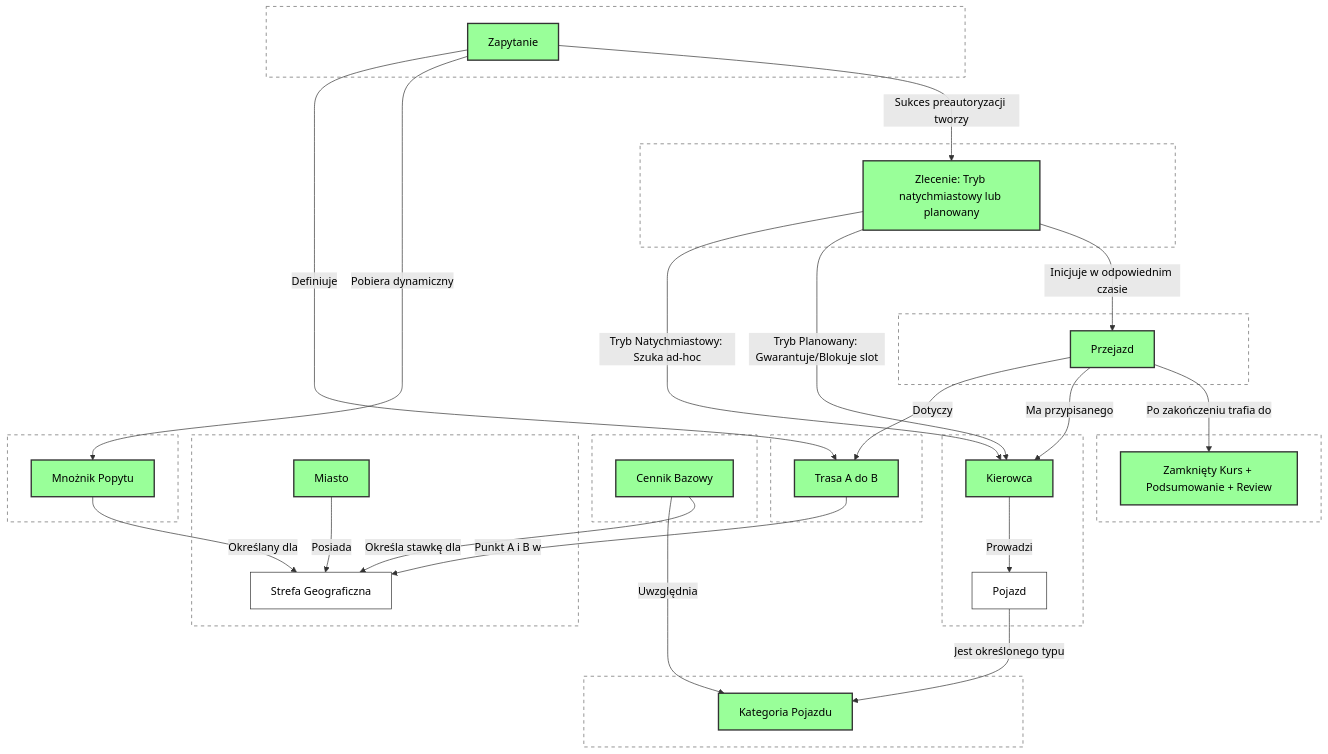
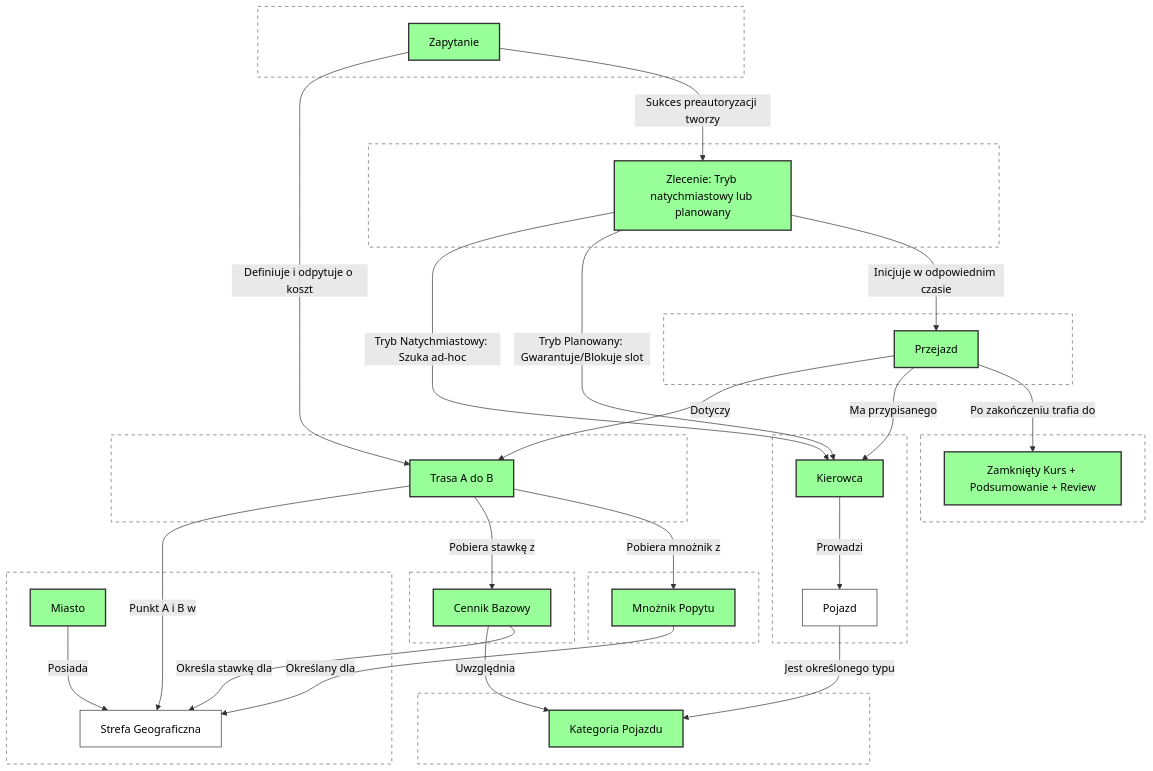
Before and after one commit to kamil7430/ansi-halt: the diagram in Stage2/Agregaty i ich relacje.md, drawn with Mermaid.

Commit message:
Update relationships and pricing logic in document
Added new relationships and pricing logic to the document.

```diff
--- a/Stage2/Agregaty i ich relacje.md
+++ b/Stage2/Agregaty i ich relacje.md
@@ -52,13 +52,15 @@
     CB -->|Uwzględnia| KP
     P -->|Jest określonego typu| KP
     CD -->|Określany dla| S
+    CB -->|Określa stawkę dla| S
     T -->|Punkt A i B w| S
-    CB -->|Określa stawkę dla| S
+
+    %% --- NOWA LOGIKA WYCENY (ZGODNA Z SEKWENCJĄ) ---
+    ZAP -->|Definiuje i odpytuje o koszt| T
+    T -->|Pobiera stawkę z| CB
+    T -->|Pobiera mnożnik z| CD
 
     %% --- PRZEPŁYW BIZNESOWY ---
-    ZAP -->|Definiuje| T
-    ZAP -->|Pobiera dynamiczny| CD
-    
     ZAP -->|Sukces preautoryzacji tworzy| ZLE
     
     %% Rozbicie logiki matchowania w zależności od trybu zlecenia
```
